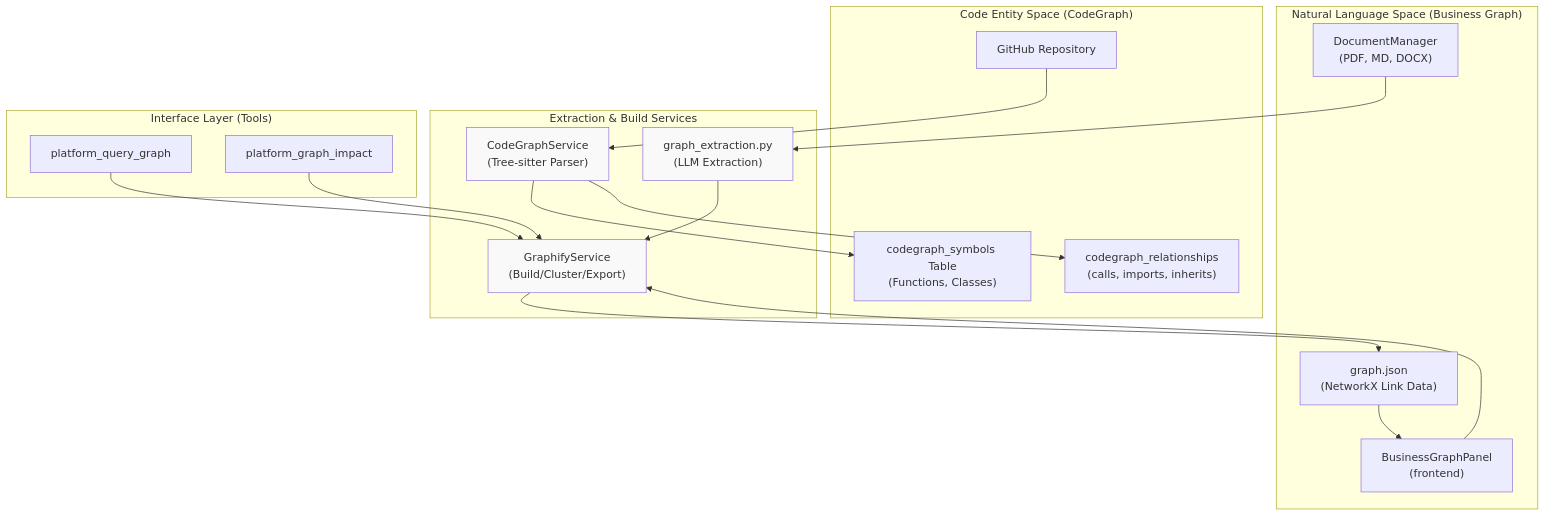
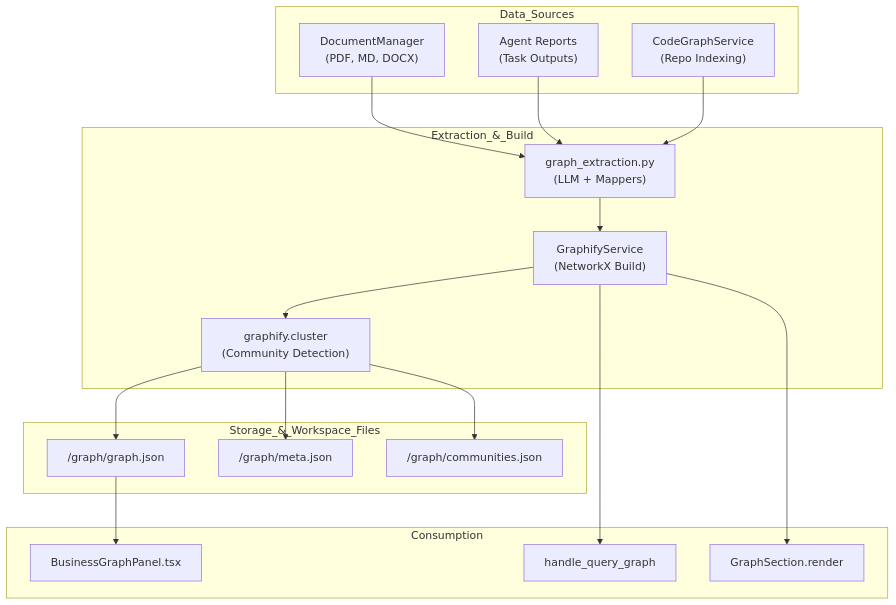
One commit to AutomatosAI/automatos-ai changed the first of 2 diagrams in docs/knowledge-base-rag/knowledge-graph-entity-extraction.md. Above: the diagram before and after it, drawn with Mermaid. The commit also changed other lines of this file and 153 other files, not shown here.

````diff
--- a/docs/knowledge-base-rag/knowledge-graph-entity-extraction.md
+++ b/docs/knowledge-base-rag/knowledge-graph-entity-extraction.md
@@ -55,42 +42,39 @@
 ```mermaid
-graph TB
-    subgraph "Natural Language Space (Business Graph)"
+graph TD
+    subgraph "Data_Sources"
         Docs["DocumentManager<br/>(PDF, MD, DOCX)"]
-        BGP["BusinessGraphPanel<br/>(frontend)"]
-        GraphJSON["graph.json<br/>(NetworkX Link Data)"]
+        Reports["Agent Reports<br/>(Task Outputs)"]
+        Code["CodeGraphService<br/>(Repo Indexing)"]
     end
 
-    subgraph "Code Entity Space (CodeGraph)"
-        Repo["GitHub Repository"]
-        Symbols["codegraph_symbols Table<br/>(Functions, Classes)"]
-        Rels["codegraph_relationships<br/>(calls, imports, inherits)"]
+    subgraph "Extraction_&_Build"
+        GE["graph_extraction.py<br/>(LLM + Mappers)"]
+        GS["GraphifyService<br/>(NetworkX Build)"]
+        Cluster["graphify.cluster<br/>(Community Detection)"]
     end
 
-    subgraph "Extraction & Build Services"
-        GS["GraphifyService<br/>(Build/Cluster/Export)"]
-        GE["graph_extraction.py<br/>(LLM Extraction)"]
-        CGS["CodeGraphService<br/>(Tree-sitter Parser)"]
+    subgraph "Storage_&_Workspace_Files"
+        GJSON["/graph/graph.json"]
+        Meta["/graph/meta.json"]
+        Comm["/graph/communities.json"]
     end
 
     Docs --> GE
+    Reports --> GE
+    Code --> GE
     GE --> GS
-    GS --> GraphJSON
-    BGP --> GS
-    
-    Repo --> CGS
-    CGS --> Symbols
-    CGS --> Rels
-    
-    subgraph "Interface Layer (Tools)"
-        QueryTool["platform_query_graph"]
-        ImpactTool["platform_graph_impact"]
+    GS --> Cluster
+    Cluster --> GJSON
+    Cluster --> Meta
+    Cluster --> Comm
+
+    subgraph "Consumption"
+        UI["BusinessGraphPanel.tsx"]
+        Agent["handle_query_graph"]
+        Prompt["GraphSection.render"]
     end
 
-    QueryTool --> GS
-    ImpactTool --> GS
-    GraphJSON --> BGP
-
-    style GS fill:#f9f9f9
-    style CGS fill:#f9f9f9
-    style GE fill:#f9f9f9
+    GJSON --> UI
+    GS --> Agent
+    GS --> Prompt
 ```
````
